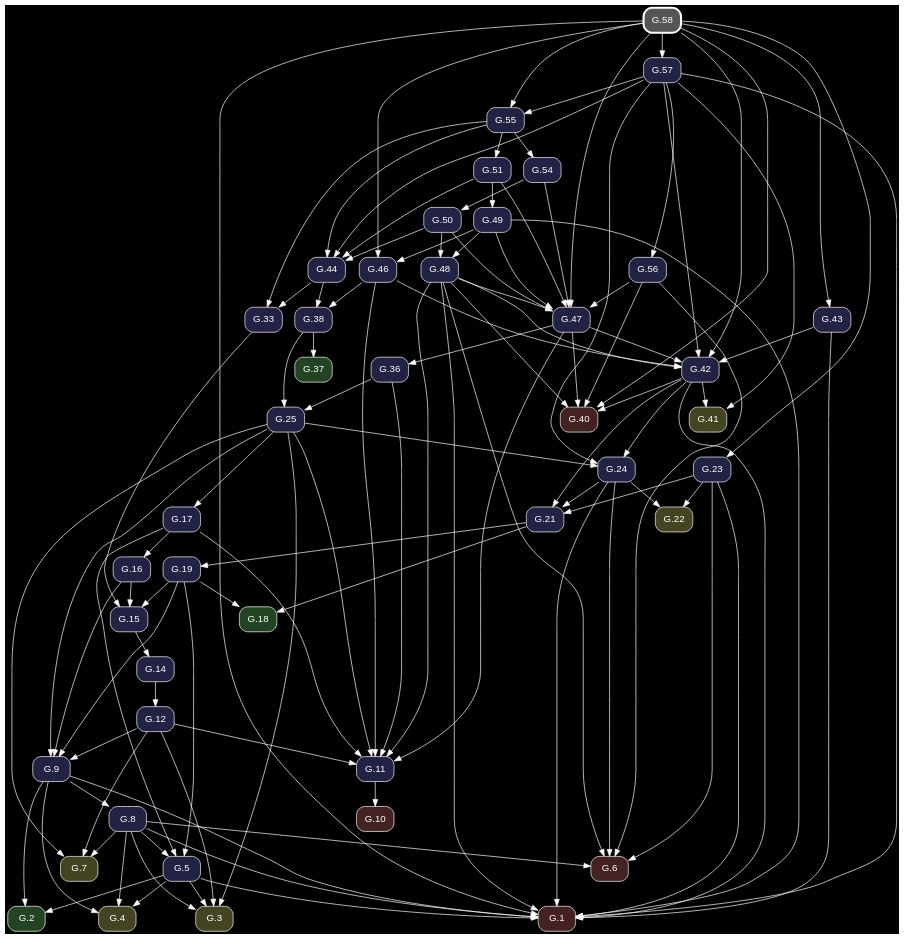
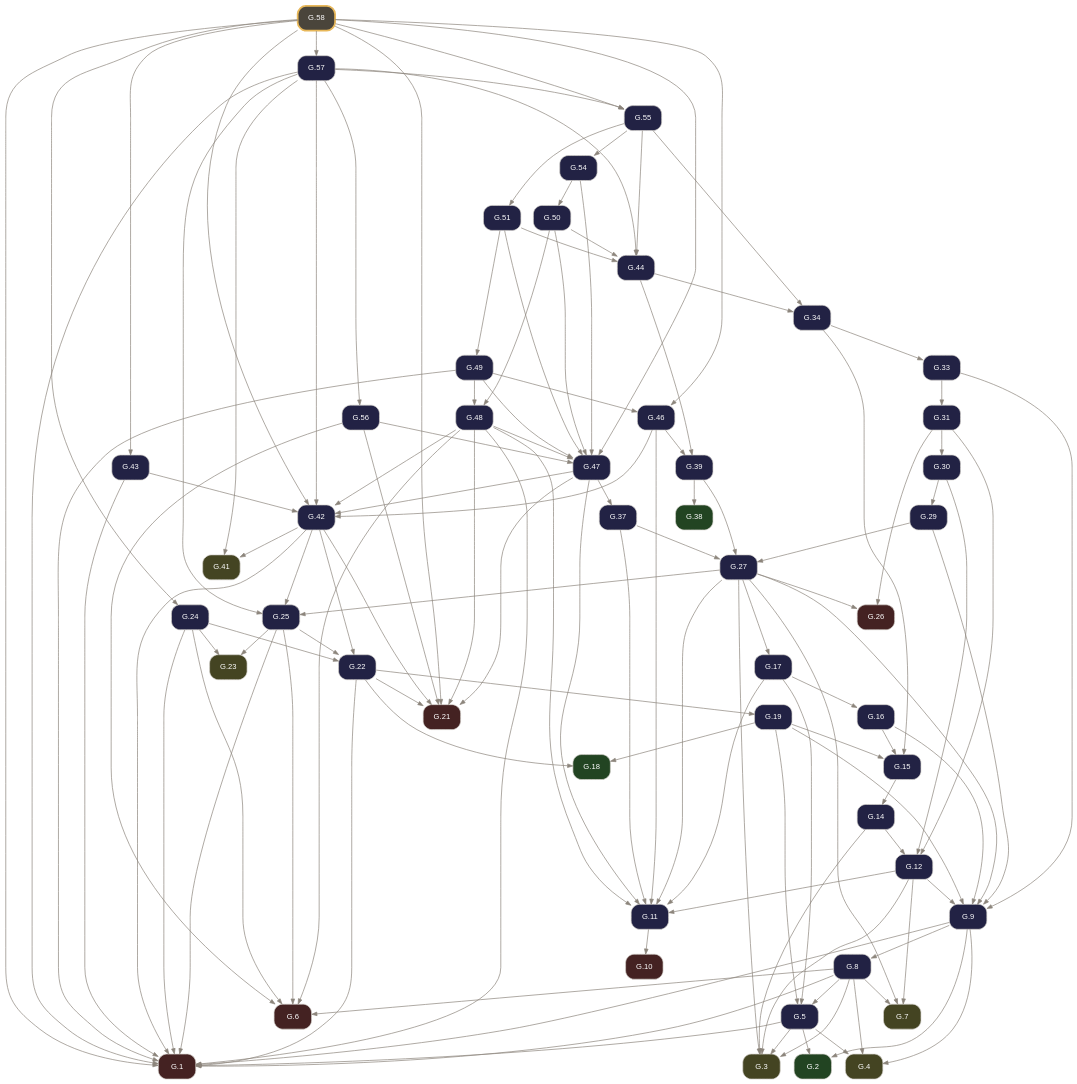
The diagram in docsrc/elements2/G.58/index.rst (geometor/elements), drawn with Graphviz before and after one commit. The commit also changed other lines of this file and 261 other files, not shown here.

Commit message:
feat: rebuild Elements 2.0 G-Index pipeline from composed Euclid Heath edition (v0.3.0)

```diff
--- a/docsrc/elements2/G.58/index.rst
+++ b/docsrc/elements2/G.58/index.rst
@@ -69,159 +93,178 @@
 .. graphviz::
 
    digraph {
-     bgcolor="black";
-     node [shape=box, style="rounded,filled", fontname="Helvetica", color="white", fontcolor="white"];
-     edge [color="white", fontcolor="white"];
+     bgcolor="transparent";
+     node [shape=box, style="rounded,filled", fontname="Helvetica", fontsize=11, color="#d6d3cd", fontcolor="#ffffff"];
+     edge [color="#8c857b", fontcolor="#8c857b", arrowsize=0.75];
      rankdir="TB";
-     "G.50" [label="G.50", fillcolor="#222244", URL="/elements2/G.50/", target="_top"];
-     "G.55" [label="G.55", fillcolor="#222244", URL="/elements2/G.55/", target="_top"];
-     "G.19" [label="G.19", fillcolor="#222244", URL="/elements2/G.19/", target="_top"];
-     "G.46" [label="G.46", fillcolor="#222244", URL="/elements2/G.46/", target="_top"];
-     "G.21" [label="G.21", fillcolor="#222244", URL="/elements2/G.21/", target="_top"];
-     "G.24" [label="G.24", fillcolor="#222244", URL="/elements2/G.24/", target="_top"];
-     "G.10" [label="G.10", fillcolor="#442222", URL="/elements2/G.10/", target="_top"];
-     "G.57" [label="G.57", fillcolor="#222244", URL="/elements2/G.57/", target="_top"];
-     "G.42" [label="G.42", fillcolor="#222244", URL="/elements2/G.42/", target="_top"];
-     "G.17" [label="G.17", fillcolor="#222244", URL="/elements2/G.17/", target="_top"];
-     "G.15" [label="G.15", fillcolor="#222244", URL="/elements2/G.15/", target="_top"];
-     "G.3" [label="G.3", fillcolor="#444422", URL="/elements2/G.3/", target="_top"];
-     "G.5" [label="G.5", fillcolor="#222244", URL="/elements2/G.5/", target="_top"];
-     "G.1" [label="G.1", fillcolor="#442222", URL="/elements2/G.1/", target="_top"];
-     "G.2" [label="G.2", fillcolor="#224422", URL="/elements2/G.2/", target="_top"];
-     "G.12" [label="G.12", fillcolor="#222244", URL="/elements2/G.12/", target="_top"];
-     "G.22" [label="G.22", fillcolor="#444422", URL="/elements2/G.22/", target="_top"];
-     "G.54" [label="G.54", fillcolor="#222244", URL="/elements2/G.54/", target="_top"];
-     "G.8" [label="G.8", fillcolor="#222244", URL="/elements2/G.8/", target="_top"];
-     "G.25" [label="G.25", fillcolor="#222244", URL="/elements2/G.25/", target="_top"];
-     "G.49" [label="G.49", fillcolor="#222244", URL="/elements2/G.49/", target="_top"];
-     "G.18" [label="G.18", fillcolor="#224422", URL="/elements2/G.18/", target="_top"];
-     "G.40" [label="G.40", fillcolor="#442222", URL="/elements2/G.40/", target="_top"];
-     "G.58" [label="G.58", penwidth=3, color="white", fillcolor="#555555", URL="/elements2/G.58/", target="_top"];
-     "G.4" [label="G.4", fillcolor="#444422", URL="/elements2/G.4/", target="_top"];
-     "G.16" [label="G.16", fillcolor="#222244", URL="/elements2/G.16/", target="_top"];
-     "G.6" [label="G.6", fillcolor="#442222", URL="/elements2/G.6/", target="_top"];
-     "G.38" [label="G.38", fillcolor="#222244", URL="/elements2/G.38/", target="_top"];
-     "G.48" [label="G.48", fillcolor="#222244", URL="/elements2/G.48/", target="_top"];
-     "G.7" [label="G.7", fillcolor="#444422", URL="/elements2/G.7/", target="_top"];
-     "G.23" [label="G.23", fillcolor="#222244", URL="/elements2/G.23/", target="_top"];
-     "G.41" [label="G.41", fillcolor="#444422", URL="/elements2/G.41/", target="_top"];
-     "G.51" [label="G.51", fillcolor="#222244", URL="/elements2/G.51/", target="_top"];
-     "G.14" [label="G.14", fillcolor="#222244", URL="/elements2/G.14/", target="_top"];
-     "G.36" [label="G.36", fillcolor="#222244", URL="/elements2/G.36/", target="_top"];
-     "G.9" [label="G.9", fillcolor="#222244", URL="/elements2/G.9/", target="_top"];
-     "G.43" [label="G.43", fillcolor="#222244", URL="/elements2/G.43/", target="_top"];
-     "G.37" [label="G.37", fillcolor="#224422", URL="/elements2/G.37/", target="_top"];
-     "G.11" [label="G.11", fillcolor="#222244", URL="/elements2/G.11/", target="_top"];
-     "G.44" [label="G.44", fillcolor="#222244", URL="/elements2/G.44/", target="_top"];
-     "G.33" [label="G.33", fillcolor="#222244", URL="/elements2/G.33/", target="_top"];
-     "G.56" [label="G.56", fillcolor="#222244", URL="/elements2/G.56/", target="_top"];
-     "G.47" [label="G.47", fillcolor="#222244", URL="/elements2/G.47/", target="_top"];
-     "G.54" -> "G.50";
-     "G.57" -> "G.55";
-     "G.58" -> "G.55";
-     "G.21" -> "G.19";
-     "G.49" -> "G.46";
-     "G.58" -> "G.46";
-     "G.24" -> "G.21";
-     "G.23" -> "G.21";
+     "G.1" [label="G.1", tooltip="G.1 (I.cn.1)", fillcolor="#442222", URL="../G.1/index.html", target="_top"];
+     "G.2" [label="G.2", tooltip="G.2 (I.def.15)", fillcolor="#224422", URL="../G.2/index.html", target="_top"];
+     "G.3" [label="G.3", tooltip="G.3 (I.post.1)", fillcolor="#444422", URL="../G.3/index.html", target="_top"];
+     "G.4" [label="G.4", tooltip="G.4 (I.post.3)", fillcolor="#444422", URL="../G.4/index.html", target="_top"];
+     "G.5" [label="G.5", tooltip="G.5 (I.1)", fillcolor="#222244", URL="../G.5/index.html", target="_top"];
+     "G.6" [label="G.6", tooltip="G.6 (I.cn.3)", fillcolor="#442222", URL="../G.6/index.html", target="_top"];
+     "G.7" [label="G.7", tooltip="G.7 (I.post.2)", fillcolor="#444422", URL="../G.7/index.html", target="_top"];
+     "G.8" [label="G.8", tooltip="G.8 (I.2)", fillcolor="#222244", URL="../G.8/index.html", target="_top"];
+     "G.9" [label="G.9", tooltip="G.9 (I.3)", fillcolor="#222244", URL="../G.9/index.html", target="_top"];
+     "G.10" [label="G.10", tooltip="G.10 (I.cn.4)", fillcolor="#442222", URL="../G.10/index.html", target="_top"];
+     "G.11" [label="G.11", tooltip="G.11 (I.4)", fillcolor="#222244", URL="../G.11/index.html", target="_top"];
+     "G.12" [label="G.12", tooltip="G.12 (I.5)", fillcolor="#222244", URL="../G.12/index.html", target="_top"];
+     "G.14" [label="G.14", tooltip="G.14 (I.7)", fillcolor="#222244", URL="../G.14/index.html", target="_top"];
+     "G.15" [label="G.15", tooltip="G.15 (I.8)", fillcolor="#222244", URL="../G.15/index.html", target="_top"];
+     "G.16" [label="G.16", tooltip="G.16 (I.9)", fillcolor="#222244", URL="../G.16/index.html", target="_top"];
+     "G.17" [label="G.17", tooltip="G.17 (I.10)", fillcolor="#222244", URL="../G.17/index.html", target="_top"];
+     "G.18" [label="G.18", tooltip="G.18 (I.def.10)", fillcolor="#224422", URL="../G.18/index.html", target="_top"];
+     "G.19" [label="G.19", tooltip="G.19 (I.11)", fillcolor="#222244", URL="../G.19/index.html", target="_top"];
+     "G.21" [label="G.21", tooltip="G.21 (I.cn.2)", fillcolor="#442222", URL="../G.21/index.html", target="_top"];
+     "G.22" [label="G.22", tooltip="G.22 (I.13)", fillcolor="#222244", URL="../G.22/index.html", target="_top"];
+     "G.23" [label="G.23", tooltip="G.23 (I.post.4)", fillcolor="#444422", URL="../G.23/index.html", target="_top"];
+     "G.24" [label="G.24", tooltip="G.24 (I.14)", fillcolor="#222244", URL="../G.24/index.html", target="_top"];
+     "G.25" [label="G.25", tooltip="G.25 (I.15)", fillcolor="#222244", URL="../G.25/index.html", target="_top"];
+     "G.26" [label="G.26", tooltip="G.26 (I.cn.5)", fillcolor="#442222", URL="../G.26/index.html", target="_top"];
+     "G.27" [label="G.27", tooltip="G.27 (I.16)", fillcolor="#222244", URL="../G.27/index.html", target="_top"];
+     "G.29" [label="G.29", tooltip="G.29 (I.18)", fillcolor="#222244", URL="../G.29/index.html", target="_top"];
+     "G.30" [label="G.30", tooltip="G.30 (I.19)", fillcolor="#222244", URL="../G.30/index.html", target="_top"];
+     "G.31" [label="G.31", tooltip="G.31 (I.20)", fillcolor="#222244", URL="../G.31/index.html", target="_top"];
+     "G.33" [label="G.33", tooltip="G.33 (I.22)", fillcolor="#222244", URL="../G.33/index.html", target="_top"];
+     "G.34" [label="G.34", tooltip="G.34 (I.23)", fillcolor="#222244", URL="../G.34/index.html", target="_top"];
+     "G.37" [label="G.37", tooltip="G.37 (I.26)", fillcolor="#222244", URL="../G.37/index.html", target="_top"];
+     "G.38" [label="G.38", tooltip="G.38 (I.def.23)", fillcolor="#224422", URL="../G.38/index.html", target="_top"];
+     "G.39" [label="G.39", tooltip="G.39 (I.27)", fillcolor="#222244", URL="../G.39/index.html", target="_top"];
+     "G.41" [label="G.41", tooltip="G.41 (I.post.5)", fillcolor="#444422", URL="../G.41/index.html", target="_top"];
+     "G.42" [label="G.42", tooltip="G.42 (I.29)", fillcolor="#222244", URL="../G.42/index.html", target="_top"];
+     "G.43" [label="G.43", tooltip="G.43 (I.30)", fillcolor="#222244", URL="../G.43/index.html", target="_top"];
+     "G.44" [label="G.44", tooltip="G.44 (I.31)", fillcolor="#222244", URL="../G.44/index.html", target="_top"];
+     "G.46" [label="G.46", tooltip="G.46 (I.33)", fillcolor="#222244", URL="../G.46/index.html", target="_top"];
+     "G.47" [label="G.47", tooltip="G.47 (I.34)", fillcolor="#222244", URL="../G.47/index.html", target="_top"];
+     "G.48" [label="G.48", tooltip="G.48 (I.35)", fillcolor="#222244", URL="../G.48/index.html", target="_top"];
+     "G.49" [label="G.49", tooltip="G.49 (I.36)", fillcolor="#222244", URL="../G.49/index.html", target="_top"];
+     "G.50" [label="G.50", tooltip="G.50 (I.37)", fillcolor="#222244", URL="../G.50/index.html", target="_top"];
+     "G.51" [label="G.51", tooltip="G.51 (I.38)", fillcolor="#222244", URL="../G.51/index.html", target="_top"];
+     "G.54" [label="G.54", tooltip="G.54 (I.41)", fillcolor="#222244", URL="../G.54/index.html", target="_top"];
+     "G.55" [label="G.55", tooltip="G.55 (I.42)", fillcolor="#222244", URL="../G.55/index.html", target="_top"];
+     "G.56" [label="G.56", tooltip="G.56 (I.43)", fillcolor="#222244", URL="../G.56/index.html", target="_top"];
+     "G.57" [label="G.57", tooltip="G.57 (I.44)", fillcolor="#222244", URL="../G.57/index.html", target="_top"];
+     "G.58" [label="G.58", tooltip="G.58 (I.45)", penwidth=2.5, color="#e8b85a", fillcolor="#4a453b", URL="index.html", target="_top"];
+     "G.5" -> "G.1";
+     "G.8" -> "G.1";
+     "G.9" -> "G.1";
+     "G.22" -> "G.1";
+     "G.24" -> "G.1";
+     "G.25" -> "G.1";
+     "G.42" -> "G.1";
+     "G.43" -> "G.1";
+     "G.48" -> "G.1";
+     "G.49" -> "G.1";
+     "G.57" -> "G.1";
+     "G.58" -> "G.1";
+     "G.5" -> "G.2";
+     "G.9" -> "G.2";
+     "G.5" -> "G.3";
+     "G.8" -> "G.3";
+     "G.12" -> "G.3";
+     "G.14" -> "G.3";
+     "G.27" -> "G.3";
+     "G.5" -> "G.4";
+     "G.8" -> "G.4";
+     "G.9" -> "G.4";
+     "G.8" -> "G.5";
+     "G.17" -> "G.5";
+     "G.19" -> "G.5";
+     "G.8" -> "G.6";
+     "G.24" -> "G.6";
+     "G.25" -> "G.6";
+     "G.48" -> "G.6";
+     "G.56" -> "G.6";
+     "G.8" -> "G.7";
+     "G.12" -> "G.7";
+     "G.27" -> "G.7";
+     "G.9" -> "G.8";
+     "G.12" -> "G.9";
+     "G.16" -> "G.9";
+     "G.19" -> "G.9";
+     "G.27" -> "G.9";
+     "G.29" -> "G.9";
+     "G.33" -> "G.9";
+     "G.11" -> "G.10";
+     "G.12" -> "G.11";
+     "G.17" -> "G.11";
+     "G.27" -> "G.11";
+     "G.37" -> "G.11";
+     "G.46" -> "G.11";
+     "G.47" -> "G.11";
+     "G.48" -> "G.11";
+     "G.14" -> "G.12";
+     "G.30" -> "G.12";
+     "G.31" -> "G.12";
+     "G.15" -> "G.14";
+     "G.16" -> "G.15";
+     "G.19" -> "G.15";
+     "G.34" -> "G.15";
+     "G.17" -> "G.16";
+     "G.27" -> "G.17";
+     "G.19" -> "G.18";
+     "G.22" -> "G.18";
+     "G.22" -> "G.19";
+     "G.22" -> "G.21";
      "G.42" -> "G.21";
-     "G.57" -> "G.24";
-     "G.25" -> "G.24";
-     "G.42" -> "G.24";
-     "G.11" -> "G.10";
-     "G.58" -> "G.57";
-     "G.47" -> "G.42";
+     "G.47" -> "G.21";
+     "G.48" -> "G.21";
+     "G.56" -> "G.21";
+     "G.58" -> "G.21";
+     "G.24" -> "G.22";
+     "G.25" -> "G.22";
+     "G.42" -> "G.22";
+     "G.24" -> "G.23";
+     "G.25" -> "G.23";
+     "G.58" -> "G.24";
+     "G.27" -> "G.25";
+     "G.42" -> "G.25";
+     "G.57" -> "G.25";
+     "G.27" -> "G.26";
+     "G.31" -> "G.26";
+     "G.29" -> "G.27";
+     "G.37" -> "G.27";
+     "G.39" -> "G.27";
+     "G.30" -> "G.29";
+     "G.31" -> "G.30";
+     "G.33" -> "G.31";
+     "G.34" -> "G.33";
+     "G.44" -> "G.34";
+     "G.55" -> "G.34";
+     "G.47" -> "G.37";
+     "G.39" -> "G.38";
+     "G.44" -> "G.39";
+     "G.46" -> "G.39";
+     "G.42" -> "G.41";
+     "G.57" -> "G.41";
      "G.43" -> "G.42";
      "G.46" -> "G.42";
+     "G.47" -> "G.42";
      "G.48" -> "G.42";
      "G.57" -> "G.42";
      "G.58" -> "G.42";
-     "G.25" -> "G.17";
-     "G.19" -> "G.15";
-     "G.16" -> "G.15";
-     "G.33" -> "G.15";
-     "G.5" -> "G.3";
-     "G.25" -> "G.3";
-     "G.8" -> "G.3";
-     "G.12" -> "G.3";
-     "G.19" -> "G.5";
-     "G.8" -> "G.5";
-     "G.17" -> "G.5";
-     "G.5" -> "G.1";
-     "G.43" -> "G.1";
-     "G.24" -> "G.1";
-     "G.49" -> "G.1";
-     "G.48" -> "G.1";
-     "G.57" -> "G.1";
-     "G.8" -> "G.1";
-     "G.58" -> "G.1";
-     "G.23" -> "G.1";
-     "G.42" -> "G.1";
-     "G.9" -> "G.1";
-     "G.5" -> "G.2";
-     "G.9" -> "G.2";
-     "G.14" -> "G.12";
-     "G.24" -> "G.22";
-     "G.23" -> "G.22";
-     "G.55" -> "G.54";
-     "G.9" -> "G.8";
-     "G.36" -> "G.25";
-     "G.38" -> "G.25";
-     "G.51" -> "G.49";
-     "G.19" -> "G.18";
-     "G.21" -> "G.18";
-     "G.47" -> "G.40";
-     "G.48" -> "G.40";
-     "G.58" -> "G.40";
-     "G.56" -> "G.40";
-     "G.42" -> "G.40";
-     "G.5" -> "G.4";
-     "G.8" -> "G.4";
-     "G.9" -> "G.4";
-     "G.17" -> "G.16";
-     "G.24" -> "G.6";
-     "G.48" -> "G.6";
-     "G.8" -> "G.6";
-     "G.56" -> "G.6";
-     "G.23" -> "G.6";
-     "G.46" -> "G.38";
-     "G.44" -> "G.38";
+     "G.58" -> "G.43";
+     "G.50" -> "G.44";
+     "G.51" -> "G.44";
+     "G.55" -> "G.44";
+     "G.57" -> "G.44";
+     "G.49" -> "G.46";
+     "G.58" -> "G.46";
+     "G.48" -> "G.47";
+     "G.49" -> "G.47";
+     "G.50" -> "G.47";
+     "G.51" -> "G.47";
+     "G.54" -> "G.47";
+     "G.56" -> "G.47";
+     "G.58" -> "G.47";
      "G.49" -> "G.48";
      "G.50" -> "G.48";
-     "G.25" -> "G.7";
-     "G.8" -> "G.7";
-     "G.12" -> "G.7";
-     "G.58" -> "G.23";
-     "G.57" -> "G.41";
-     "G.42" -> "G.41";
+     "G.51" -> "G.49";
+     "G.54" -> "G.50";
      "G.55" -> "G.51";
-     "G.15" -> "G.14";
-     "G.47" -> "G.36";
-     "G.19" -> "G.9";
-     "G.25" -> "G.9";
-     "G.16" -> "G.9";
-     "G.12" -> "G.9";
-     "G.58" -> "G.43";
-     "G.38" -> "G.37";
-     "G.36" -> "G.11";
-     "G.47" -> "G.11";
-     "G.46" -> "G.11";
-     "G.48" -> "G.11";
-     "G.25" -> "G.11";
-     "G.17" -> "G.11";
-     "G.12" -> "G.11";
-     "G.57" -> "G.44";
-     "G.51" -> "G.44";
-     "G.55" -> "G.44";
-     "G.50" -> "G.44";
-     "G.44" -> "G.33";
-     "G.55" -> "G.33";
+     "G.55" -> "G.54";
+     "G.57" -> "G.55";
+     "G.58" -> "G.55";
      "G.57" -> "G.56";
-     "G.54" -> "G.47";
-     "G.49" -> "G.47";
-     "G.48" -> "G.47";
-     "G.51" -> "G.47";
-     "G.58" -> "G.47";
-     "G.56" -> "G.47";
-     "G.50" -> "G.47";
+     "G.58" -> "G.57";
    }
```
